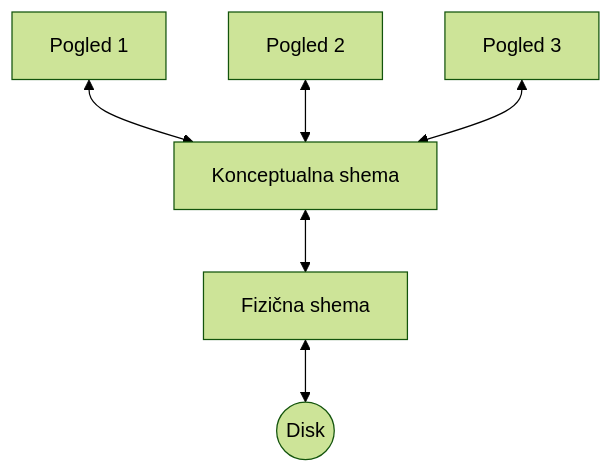
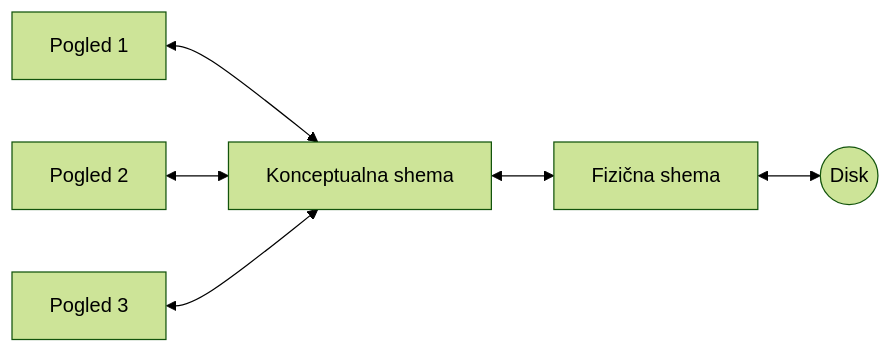
Before and after one commit to Tiggax/Zapiski: the diagram in 2. Letnik/Osnove podatkovnih baz/Pojmi.md, drawn with Mermaid (forest theme). The commit also changed other lines of this file and 1 other file, not shown here.

Commit message:
flyingarchie backup: 2021-11-08 22:37:47

````diff
--- a/2. Letnik/Osnove podatkovnih baz/Pojmi.md
+++ b/2. Letnik/Osnove podatkovnih baz/Pojmi.md
@@ -21,8 +21,8 @@
 ```mermaid
-graph TB
+graph LR
 A[Pogled 1]<-->K[Konceptualna shema]
 B[Pogled 2]<-->K[Konceptualna shema]
 C[Pogled 3]<-->K[Konceptualna shema]
 K<-->D[Fizična shema]
 D<-->G((Disk))
 ```
````
